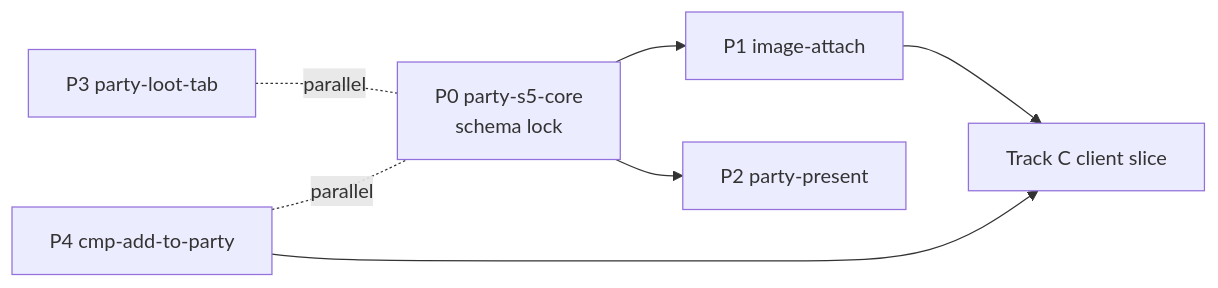
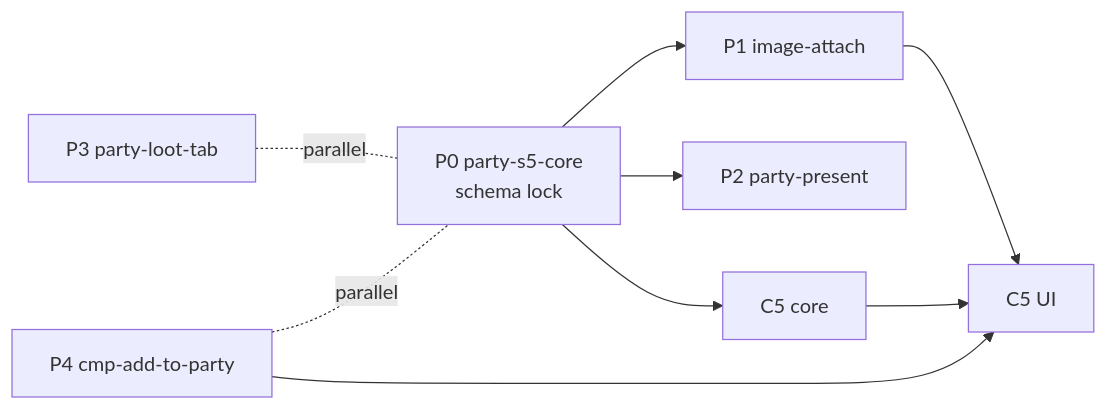
The diagram in docs/specs/party-board.md (szymonbalasz/pocket-plane), drawn with Mermaid before and after one commit. The commit also changed other lines of this file and 3 other files, not shown here.

````diff
--- a/docs/specs/party-board.md
+++ b/docs/specs/party-board.md
@@ -410,9 +410,11 @@
 ```mermaid
 flowchart LR
   P0[P0 party-s5-core<br/>schema lock] --> P1[P1 image-attach]
   P0 --> P2[P2 party-present]
-  P1 --> C[Track C client slice]
+  P0 --> C5[C5 core]
+  P1 --> C[C5 UI]
+  C5 --> C
   P3[P3 party-loot-tab] -. parallel .- P0
   P4[P4 cmp-add-to-party] -. parallel .- P0
   P4 --> C
 ```
````
